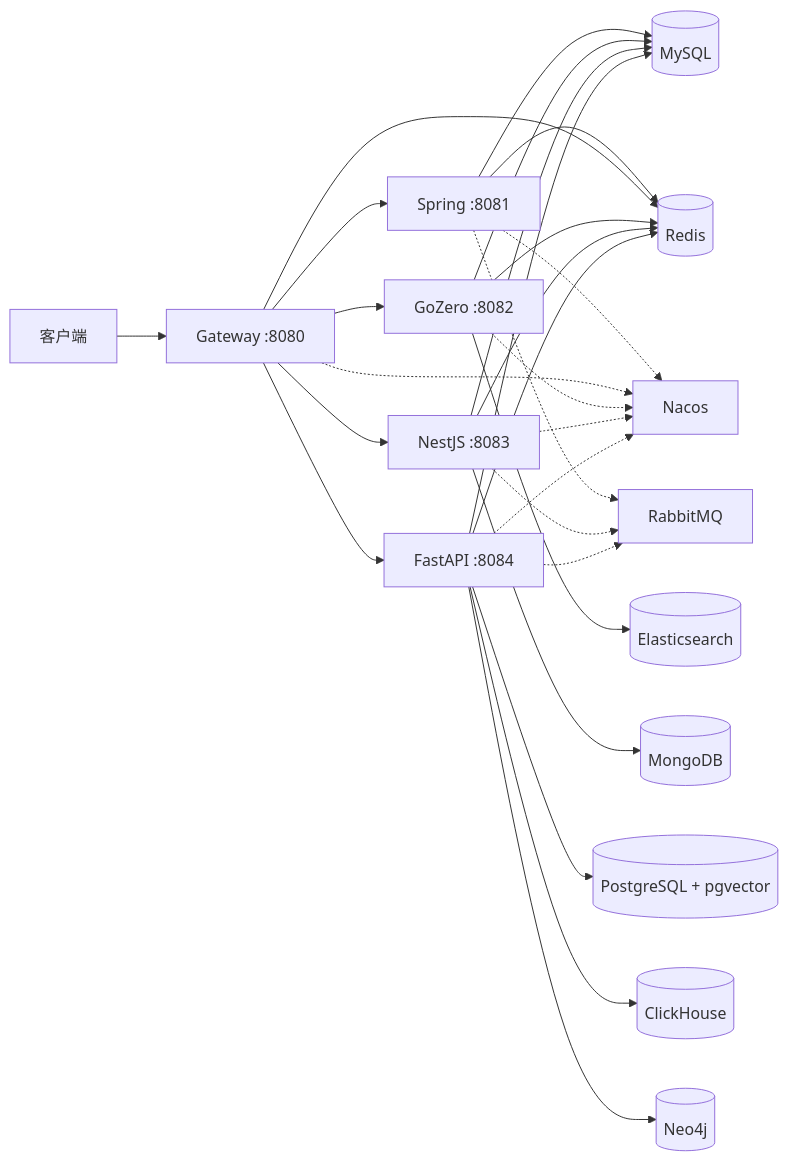
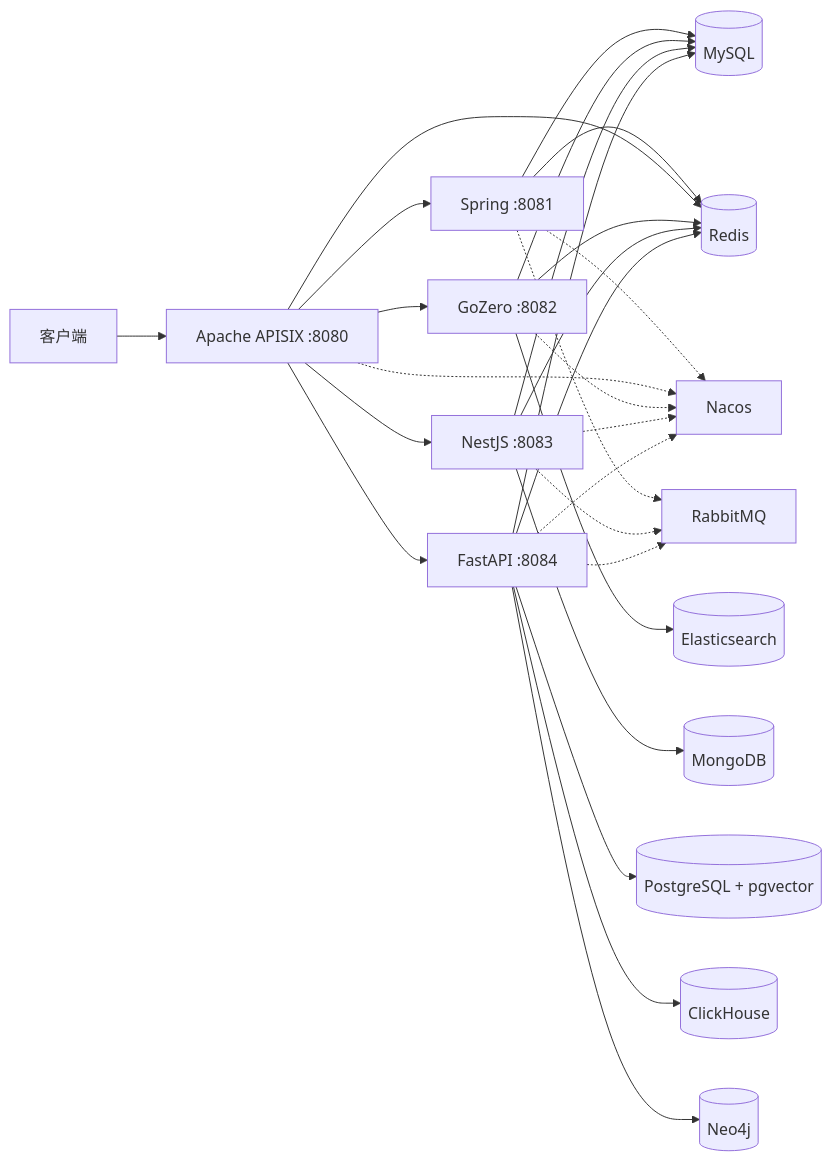
The sixth of 6 diagrams in README.md (hongch666/mix-web-demo), drawn with Mermaid before and after one commit. The commit also changed other lines of this file, not shown here.

````diff
--- a/README.md
+++ b/README.md
@@ -481,36 +481,36 @@
   ```mermaid
   flowchart LR
-    Client[客户端] --> Gateway[Gateway :8080]
+    Client[客户端] --> APISIX[Apache APISIX :8080]
 
-    Gateway --> Spring[Spring :8081]
-    Gateway --> GoZero[GoZero :8082]
-    Gateway --> Nest[NestJS :8083]
-    Gateway --> FastAPI[FastAPI :8084]
+    APISIX --> Spring[Spring :8081]
+    APISIX --> GoZero[GoZero :8082]
+    APISIX --> Nest[NestJS :8083]
+    APISIX --> FastAPI[FastAPI :8084]
 
     Spring --> MySQL[(MySQL)]
     GoZero --> MySQL
     Nest --> MySQL
     FastAPI --> MySQL
 
     Spring --> Redis[(Redis)]
-    Gateway --> Redis
+    APISIX --> Redis
     GoZero --> Redis
     Nest --> Redis
     FastAPI --> Redis
 
     GoZero --> ES[(Elasticsearch)]
     Nest --> Mongo[(MongoDB)]
     FastAPI --> PG[(PostgreSQL + pgvector)]
     FastAPI --> CH[(ClickHouse)]
     FastAPI --> Neo4j[(Neo4j)]
 
     Spring -.-> Nacos[Nacos]
-    Gateway -.-> Nacos
+    APISIX -.-> Nacos
     GoZero -.-> Nacos
     Nest -.-> Nacos
     FastAPI -.-> Nacos
 
     Spring -.-> MQ[RabbitMQ]
     Nest -.-> MQ
     FastAPI -.-> MQ
   ```
````
